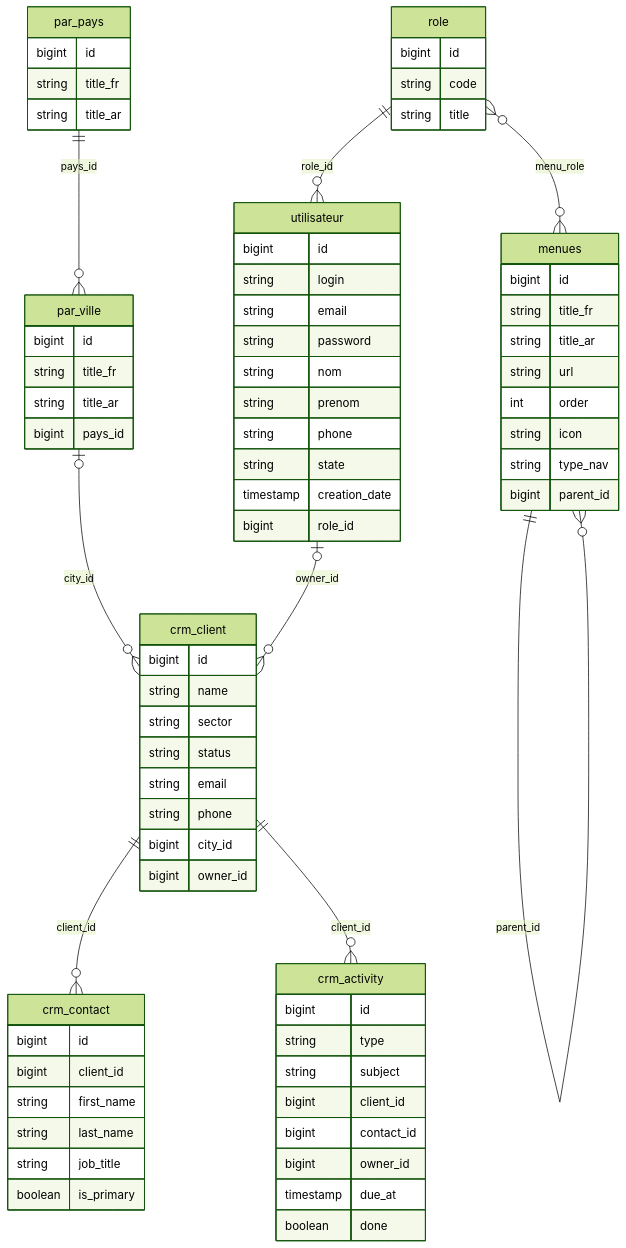
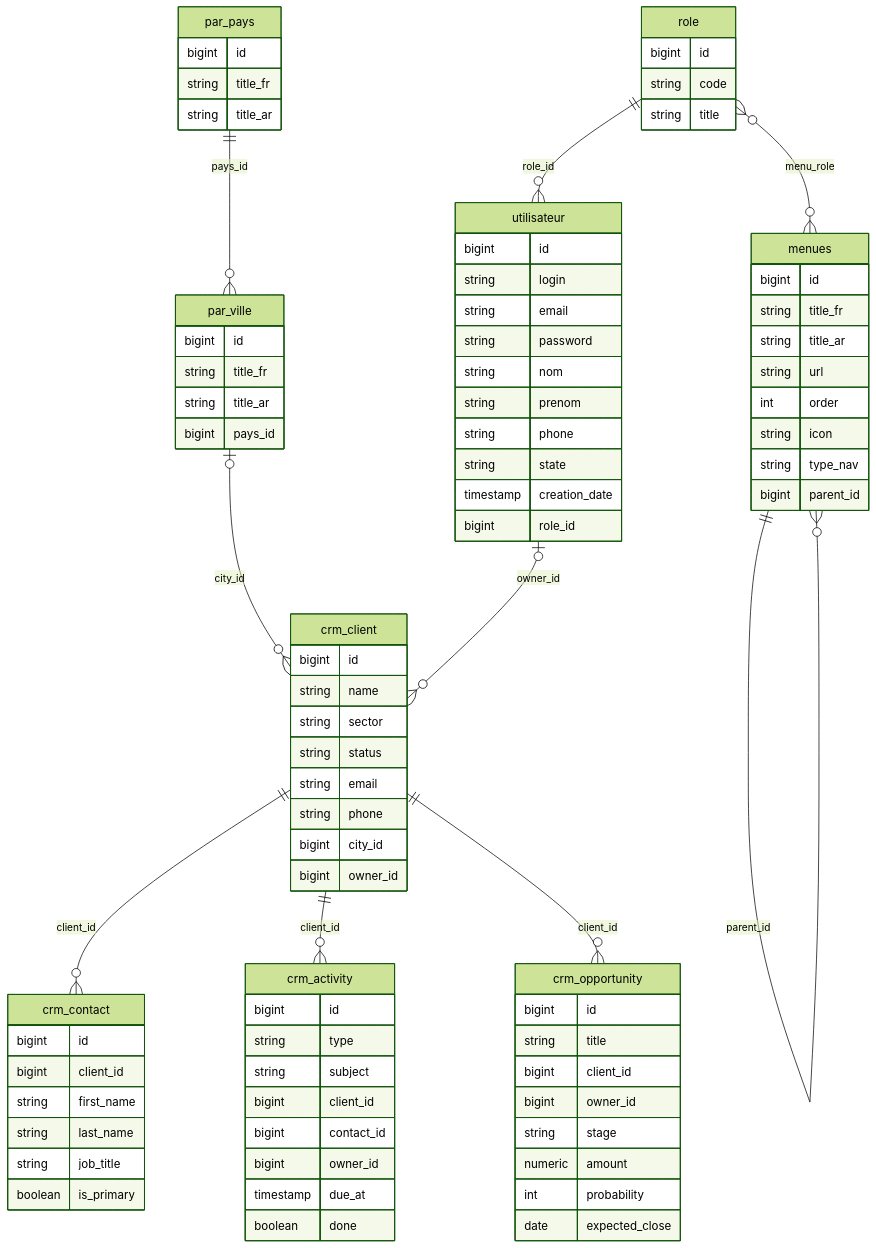
One commit to DevOpsAchrafOu/smartClientManagement-FrontEnd changed the second of 3 diagrams in README.md. Above: the diagram before and after it, drawn with Mermaid (forest theme). The commit also changed other lines of this file and 52 other files, not shown here.

````diff
--- a/README.md
+++ b/README.md
@@ -161,20 +162,22 @@
 ```mermaid
 erDiagram
     role ||--o{ utilisateur : "role_id"
     role }o--o{ menues : "menu_role"
     menues ||--o{ menues : "parent_id"
     par_pays ||--o{ par_ville : "pays_id"
     crm_client ||--o{ crm_contact : "client_id"
     crm_client ||--o{ crm_activity : "client_id"
+    crm_client ||--o{ crm_opportunity : "client_id"
     par_ville |o--o{ crm_client : "city_id"
     utilisateur |o--o{ crm_client : "owner_id"
 
     role { bigint id string code string title }
     utilisateur { bigint id string login string email string password string nom string prenom string phone string state timestamp creation_date bigint role_id }
     menues { bigint id string title_fr string title_ar string url int order string icon string type_nav bigint parent_id }
     par_pays { bigint id string title_fr string title_ar }
     par_ville { bigint id string title_fr string title_ar bigint pays_id }
     crm_client { bigint id string name string sector string status string email string phone bigint city_id bigint owner_id }
     crm_contact { bigint id bigint client_id string first_name string last_name string job_title boolean is_primary }
     crm_activity { bigint id string type string subject bigint client_id bigint contact_id bigint owner_id timestamp due_at boolean done }
+    crm_opportunity { bigint id string title bigint client_id bigint owner_id string stage numeric amount int probability date expected_close }
 ```
````
